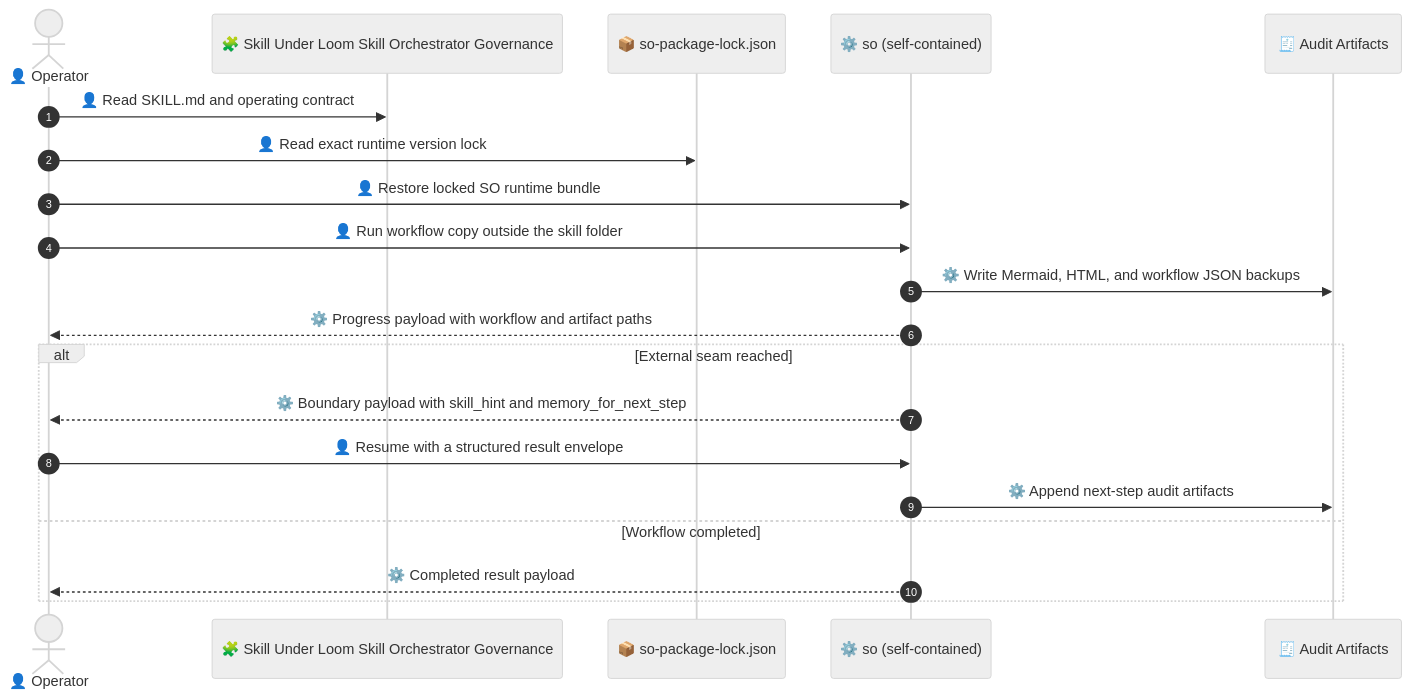
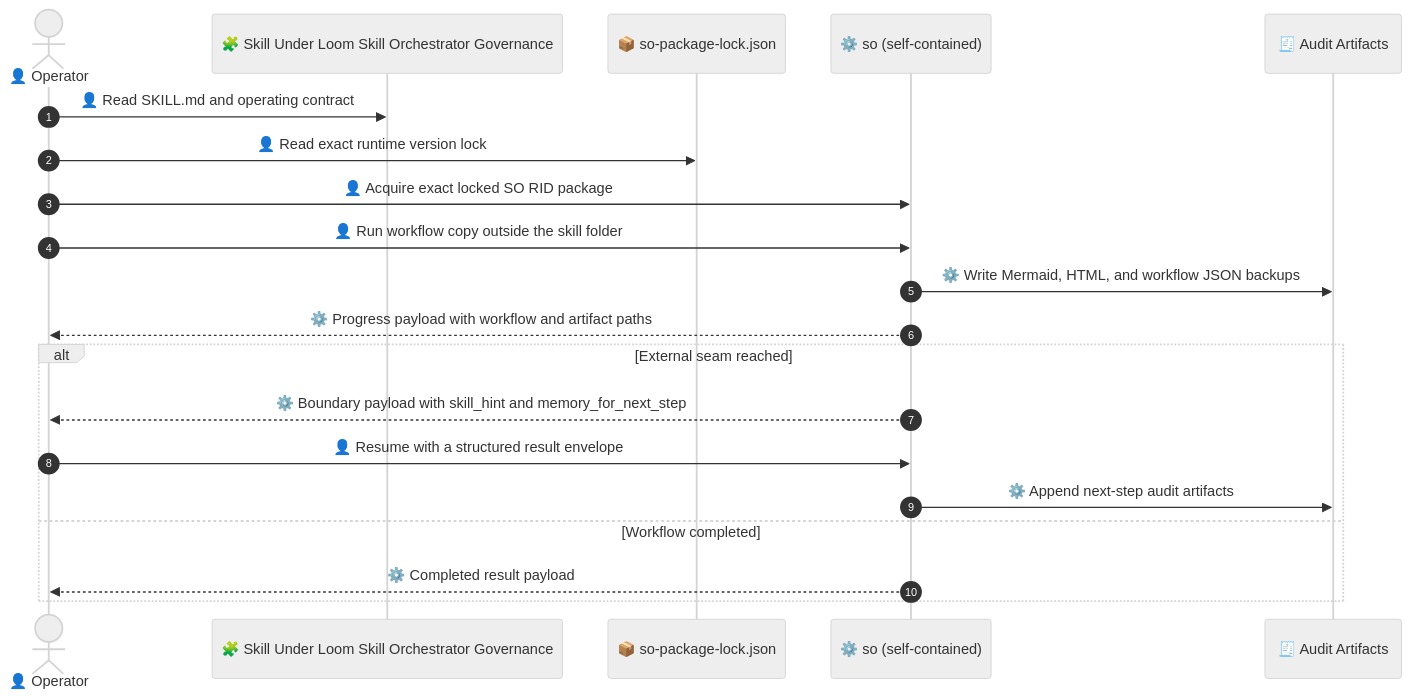
Before and after one commit to waynebaby/Techne-Loom: the first of 2 diagrams in README.md, drawn with Mermaid (neutral theme). The commit also changed other lines of this file and 170 other files, not shown here.

First line of the commit message:
Migrate Loom runtimes to exact-RID apphosts / 将 Loom 运行时迁移到精确 RID apphost

````diff
--- a/README.md
+++ b/README.md
@@ -269,23 +281,23 @@
 ```mermaid
 sequenceDiagram
     autonumber
     actor Operator as 👤 Operator
     participant Skill as 🧩 Skill Under Loom Skill Orchestrator Governance
     participant Lock as 📦 so-package-lock.json
     participant Runtime as ⚙️ so (self-contained)
     participant Audit as 🧾 Audit Artifacts
 
     Operator->>Skill: 👤 Read SKILL.md and operating contract
     Operator->>Lock: 👤 Read exact runtime version lock
-    Operator->>Runtime: 👤 Restore locked SO runtime bundle
+    Operator->>Runtime: 👤 Acquire exact locked SO RID package
     Operator->>Runtime: 👤 Run workflow copy outside the skill folder
     Runtime->>Audit: ⚙️ Write Mermaid, HTML, and workflow JSON backups
     Runtime-->>Operator: ⚙️ Progress payload with workflow and artifact paths
     alt External seam reached
         Runtime-->>Operator: ⚙️ Boundary payload with skill_hint and memory_for_next_step
         Operator->>Runtime: 👤 Resume with a structured result envelope
         Runtime->>Audit: ⚙️ Append next-step audit artifacts
     else Workflow completed
         Runtime-->>Operator: ⚙️ Completed result payload
     end
 ```
````
